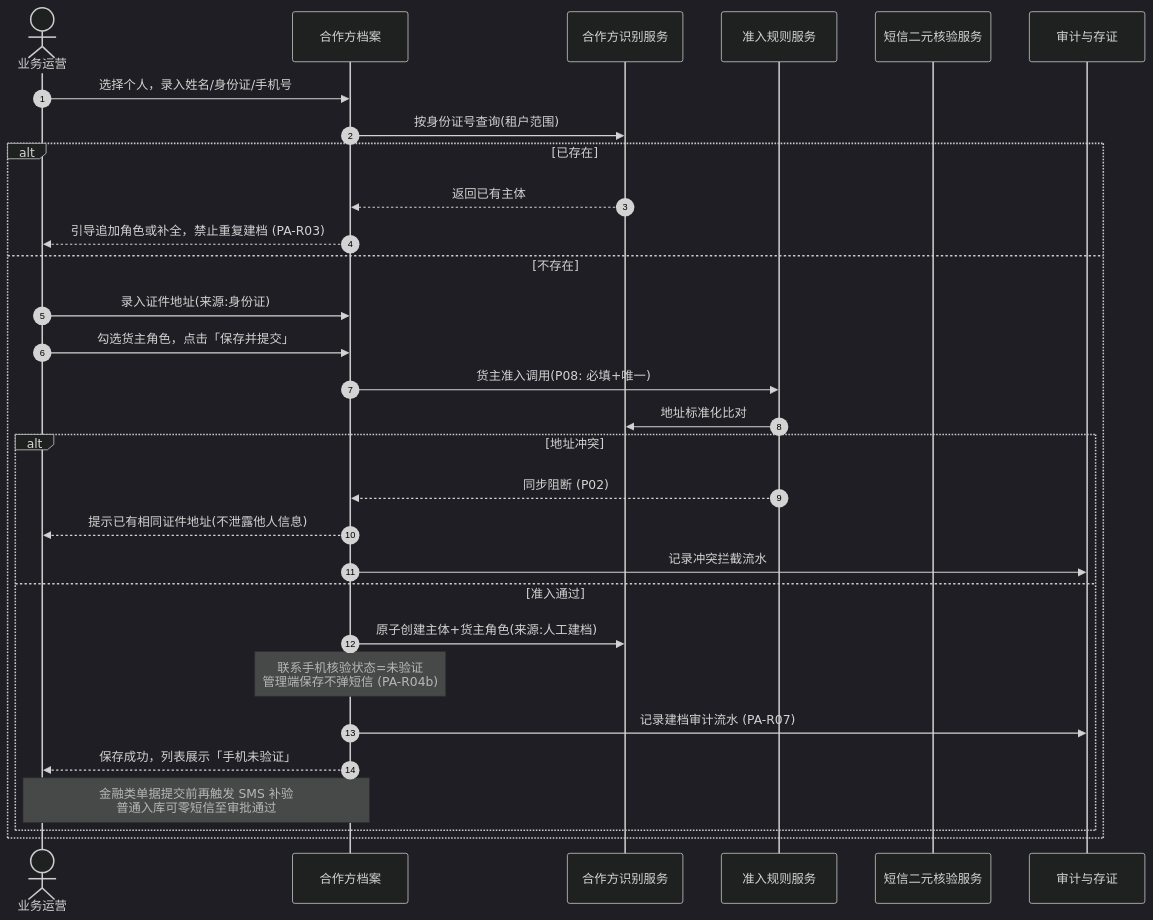
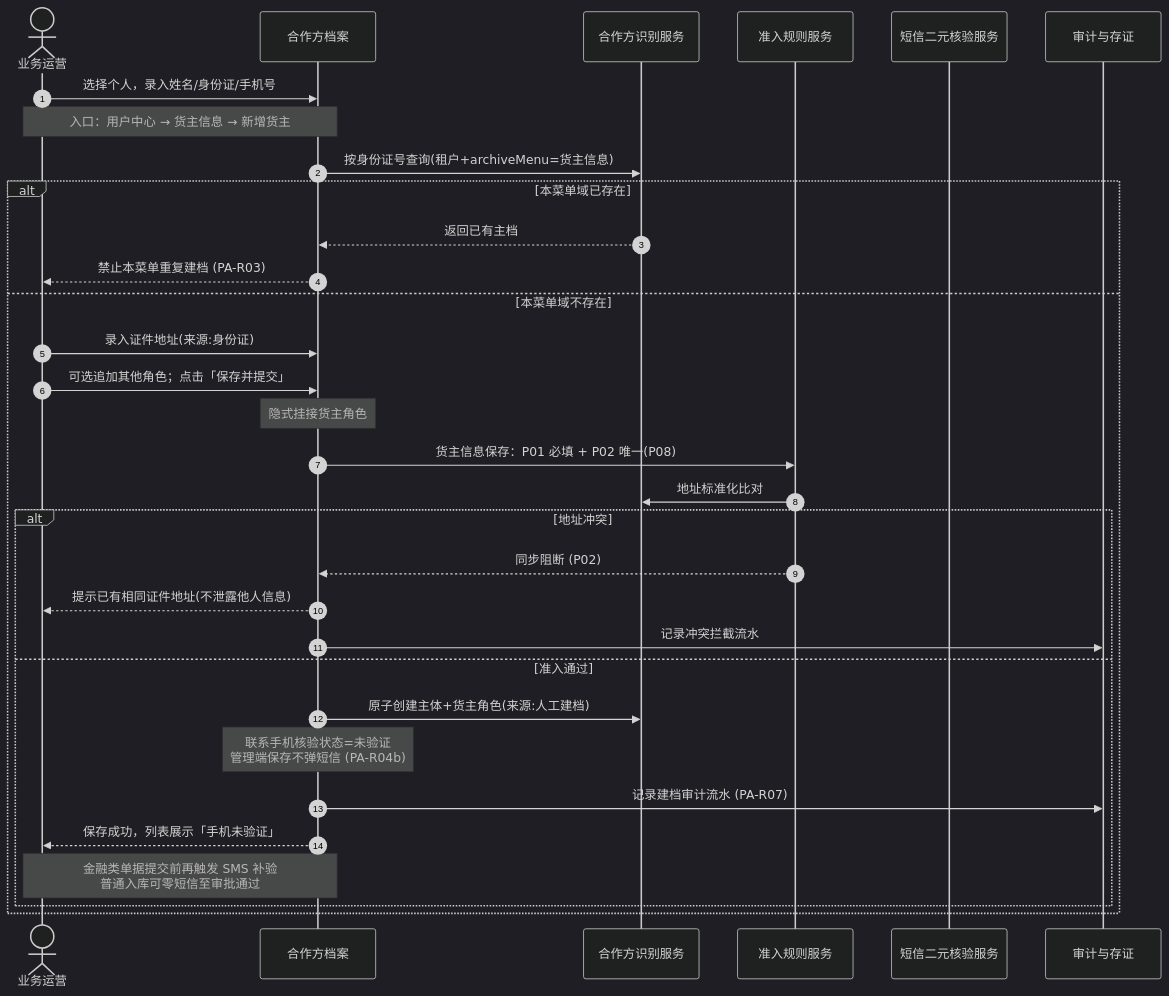
Before and after one commit to RobertHuang999/SYZC: the third of 8 diagrams in 02-PRD文档/B-迭代需求/6.3版本（2026.09）/04-合作方档案/合作方档案-业务流程推演.md, drawn with Mermaid (dark theme). The commit also changed other lines of this file and 163 other files, not shown here.

````diff
--- a/02-PRD文档/B-迭代需求/6.3版本（2026.09）/04-合作方档案/合作方档案-业务流程推演.md
+++ b/02-PRD文档/B-迭代需求/6.3版本（2026.09）/04-合作方档案/合作方档案-业务流程推演.md
@@ -115,33 +118,35 @@
 ```mermaid
 sequenceDiagram
     autonumber
     actor Op as 业务运营
     participant PA as 合作方档案
     participant PS as 合作方识别服务
     participant Rule as 准入规则服务
     participant SMS as 短信二元核验服务
     participant Audit as 审计与存证
 
     Op->>PA: 选择个人，录入姓名/身份证/手机号
-    PA->>PS: 按身份证号查询(租户范围)
-    alt 已存在
-        PS-->>PA: 返回已有主体
-        PA-->>Op: 引导追加角色或补全，禁止重复建档 (PA-R03)
-    else 不存在
+    Note over Op,PA: 入口：用户中心 → 货主信息 → 新增货主
+    PA->>PS: 按身份证号查询(租户+archiveMenu=货主信息)
+    alt 本菜单域已存在
+        PS-->>PA: 返回已有主档
+        PA-->>Op: 禁止本菜单重复建档 (PA-R03)
+    else 本菜单域不存在
         Op->>PA: 录入证件地址(来源:身份证)
-        Op->>PA: 勾选货主角色，点击「保存并提交」
-        PA->>Rule: 货主准入调用(P08: 必填+唯一)
+        Op->>PA: 可选追加其他角色；点击「保存并提交」
+        Note over PA: 隐式挂接货主角色
+        PA->>Rule: 货主信息保存：P01 必填 + P02 唯一(P08)
         Rule->>PS: 地址标准化比对
         alt 地址冲突
             Rule-->>PA: 同步阻断 (P02)
             PA-->>Op: 提示已有相同证件地址(不泄露他人信息)
             PA->>Audit: 记录冲突拦截流水
         else 准入通过
             PA->>PS: 原子创建主体+货主角色(来源:人工建档)
             Note over PA: 联系手机核验状态=未验证<br/>管理端保存不弹短信 (PA-R04b)
             PA->>Audit: 记录建档审计流水 (PA-R07)
             PA-->>Op: 保存成功，列表展示「手机未验证」
             Note over Op,PA: 金融类单据提交前再触发 SMS 补验<br/>普通入库可零短信至审批通过
         end
     end
 ```
````
